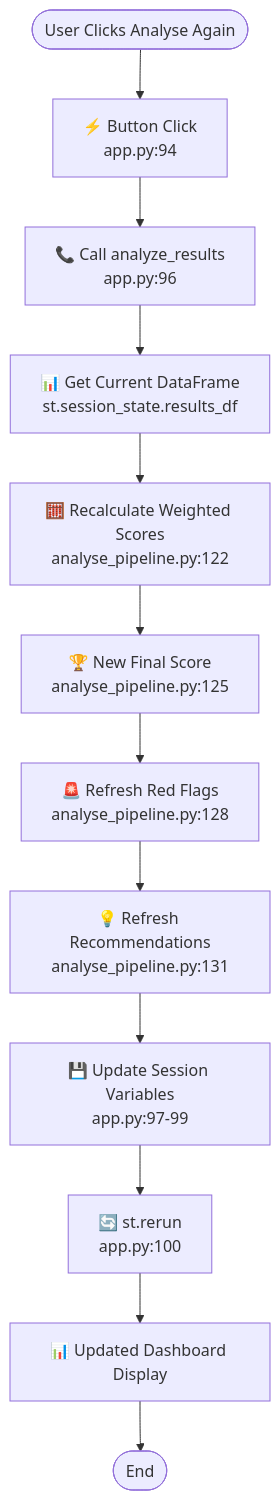
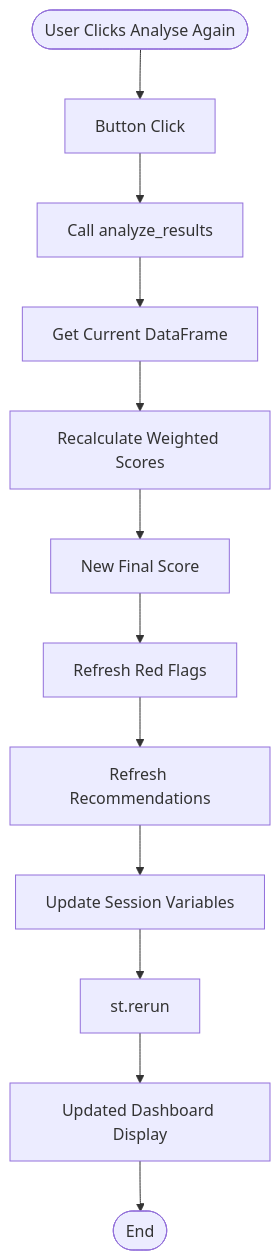
Before and after one commit to Pooja-Vishnoi/GenAI_Hackathon: the eighth of 9 diagrams in README.md, drawn with Mermaid. The commit also changed other lines of this file, not shown here.

Commit message:
update diagram to make work with github

````diff
--- a/README.md
+++ b/README.md
@@ -283,18 +283,18 @@
 ```mermaid
 flowchart TD
-    START([User Clicks Analyse Again]) --> TRIGGER[⚡ Button Click<br/>app.py:94]
-    TRIGGER --> CALL_ANALYZE[📞 Call analyze_results<br/>app.py:96]
+    START([User Clicks Analyse Again]) --> TRIGGER[Button Click]
+    TRIGGER --> CALL_ANALYZE[Call analyze_results]
     
-    CALL_ANALYZE --> GET_DF[📊 Get Current DataFrame<br/>st.session_state.results_df]
-    GET_DF --> RECALC_WEIGHTED[🧮 Recalculate Weighted Scores<br/>analyse_pipeline.py:122]
-    RECALC_WEIGHTED --> NEW_FINAL[🏆 New Final Score<br/>analyse_pipeline.py:125]
+    CALL_ANALYZE --> GET_DF[Get Current DataFrame]
+    GET_DF --> RECALC_WEIGHTED[Recalculate Weighted Scores]
+    RECALC_WEIGHTED --> NEW_FINAL[New Final Score]
     
-    NEW_FINAL --> REFRESH_FLAGS[🚨 Refresh Red Flags<br/>analyse_pipeline.py:128]
-    REFRESH_FLAGS --> REFRESH_RECS[💡 Refresh Recommendations<br/>analyse_pipeline.py:131]
+    NEW_FINAL --> REFRESH_FLAGS[Refresh Red Flags]
+    REFRESH_FLAGS --> REFRESH_RECS[Refresh Recommendations]
     
-    REFRESH_RECS --> UPDATE_SESSION[💾 Update Session Variables<br/>app.py:97-99]
-    UPDATE_SESSION --> RERUN[🔄 st.rerun<br/>app.py:100]
-    RERUN --> UPDATED_DASHBOARD[📊 Updated Dashboard Display]
+    REFRESH_RECS --> UPDATE_SESSION[Update Session Variables]
+    UPDATE_SESSION --> RERUN[st.rerun]
+    RERUN --> UPDATED_DASHBOARD[Updated Dashboard Display]
     
     UPDATED_DASHBOARD --> END([End])
 ```
````
